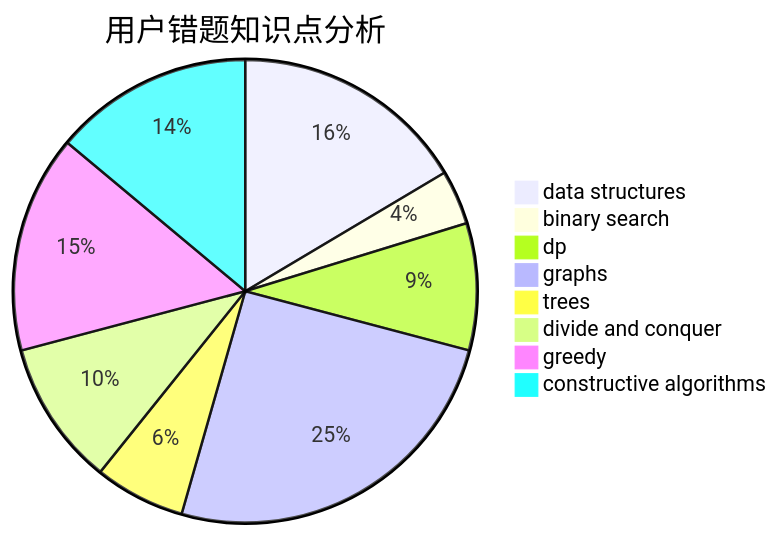
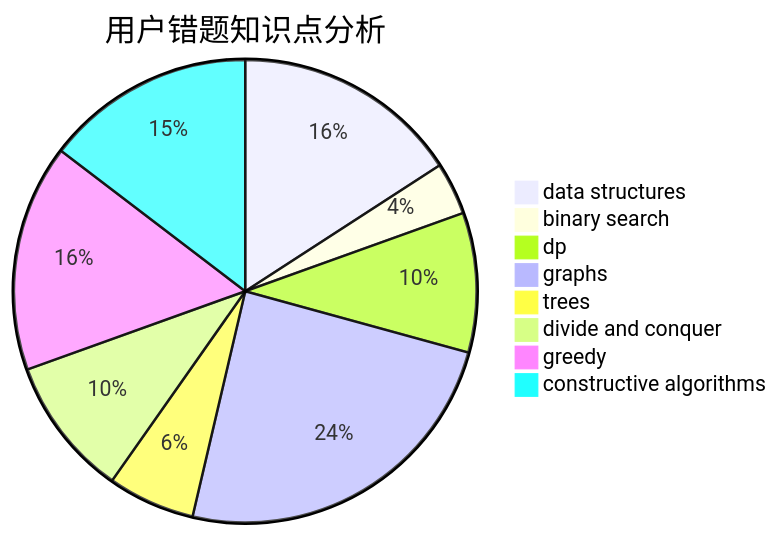
The third of 3 diagrams in docs/user/u2148.md (sherpahu/cfrs.github.io), drawn with Mermaid before and after one commit. The commit also changed other lines of this file and 2770 other files, not shown here.

````diff
--- a/docs/user/u2148.md
+++ b/docs/user/u2148.md
@@ -36,11 +36,11 @@
 ```mermaid
 pie title 用户错题知识点分析
     "data structures" :  13
     "binary search" :  3
-    "dp" :  7
+    "dp" :  8
     "graphs" :  20
     "trees" :  5
     "divide and conquer" :  8
-    "greedy" :  12
-    "constructive algorithms" :  11
+    "greedy" :  13
+    "constructive algorithms" :  12
 ```
````
